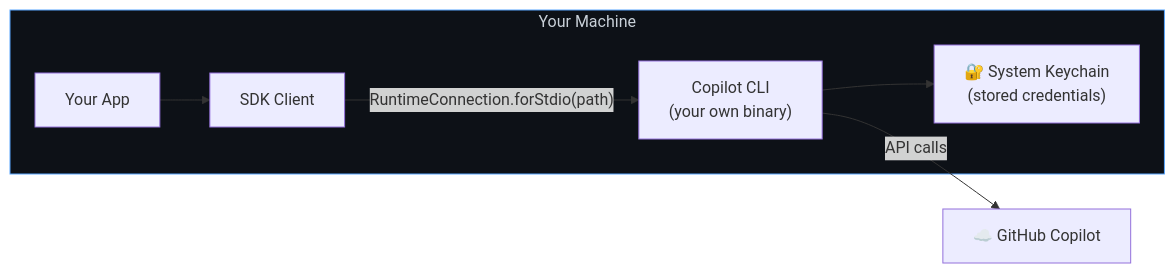
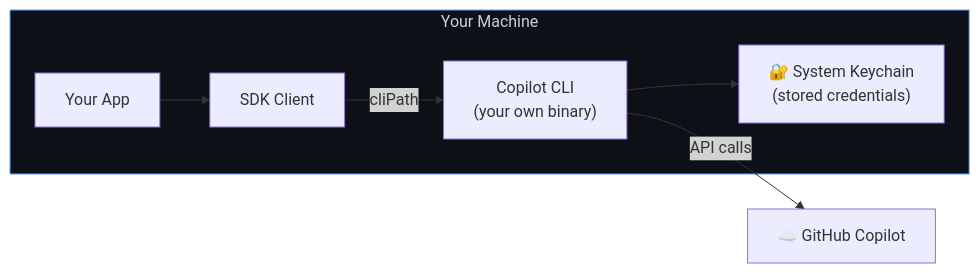
One commit to github/copilot-sdk changed the diagram in docs/setup/local-cli.md. Above: the diagram before and after it, drawn with Mermaid. The commit also changed other lines of this file and 1021 other files, not shown here.

Commit message:
Update SDK snapshot for Copilot CLI 1.0.102-0.unstable.r41528289608.g54dc3af

````diff
--- a/docs/setup/local-cli.md
+++ b/docs/setup/local-cli.md
@@ -11,11 +11,11 @@
 ```mermaid
 flowchart LR
     subgraph YourMachine["Your Machine"]
         App["Your App"] --> SDK["SDK Client"]
-        SDK -- "RuntimeConnection.forStdio(path)" --> CLI["Copilot CLI<br/>(your own binary)"]
+        SDK -- "cliPath" --> CLI["Copilot CLI<br/>(your own binary)"]
         CLI --> Keychain["🔐 System Keychain<br/>(stored credentials)"]
     end
     CLI -- "API calls" --> Copilot["☁️ GitHub Copilot"]
 
     style YourMachine fill:#0d1117,stroke:#58a6ff,color:#c9d1d9
 ```
````
